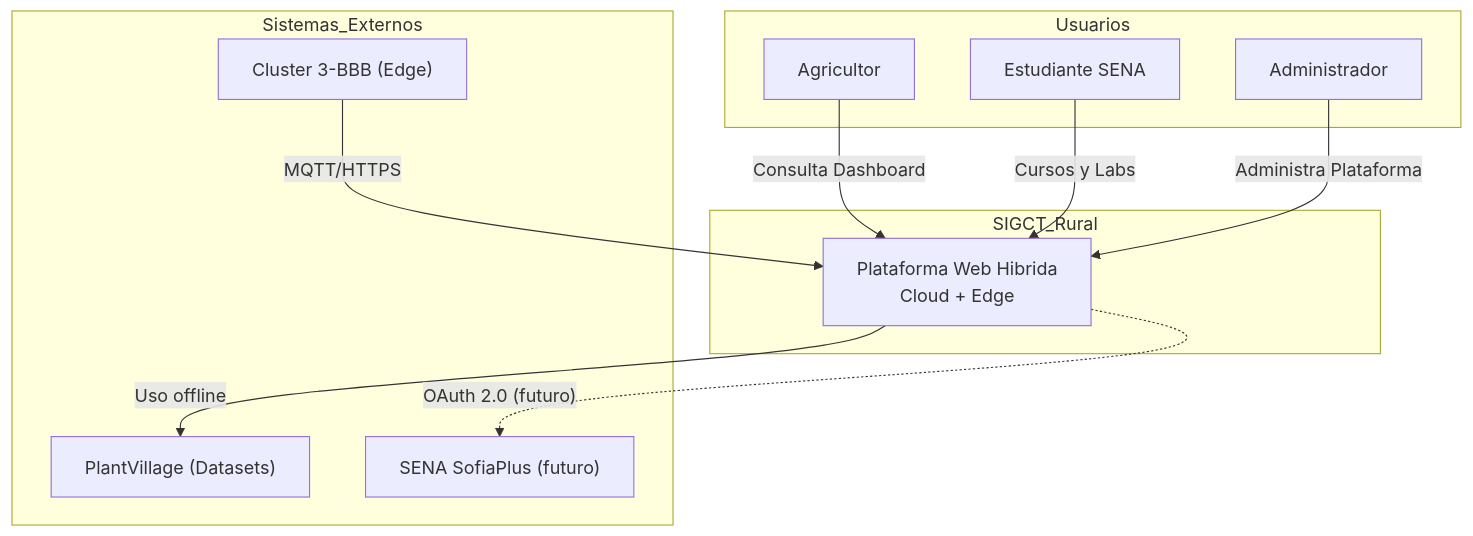
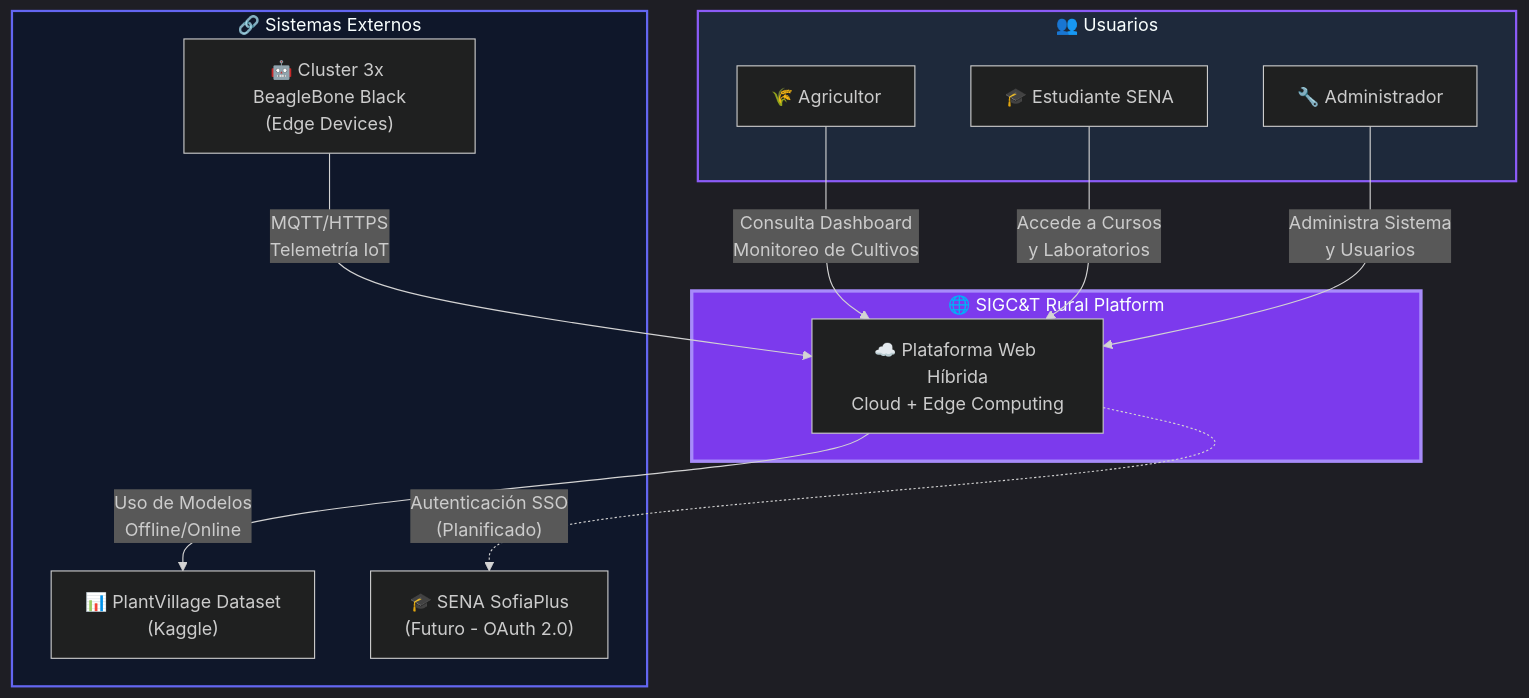
One commit to badolgm/sigcTiArural changed the second of 6 diagrams in README.md. Above: the diagram before and after it, drawn with Mermaid. The commit also changed other lines of this file and 6 other files, not shown here.

````diff
--- a/README.md
+++ b/README.md
@@ -87,26 +162,31 @@
 ```mermaid
-%%{init: {'flowchart': {'htmlLabels': true, 'useMaxWidth': true}} }%%
-flowchart TD
-  subgraph Usuarios
-    A["Agricultor"]
-    B["Estudiante SENA"]
-    C["Administrador"]
-  end
+%%{init: {'theme':'dark', 'themeVariables': { 'primaryColor':'#7c3aed','fontSize':'16px'}}}%%
+flowchart TB
+    subgraph users["👥 Usuarios"]
+        A["🌾 Agricultor"]
+        B["🎓 Estudiante SENA"]
+        C["🔧 Administrador"]
+    end
 
-  subgraph SIGCT_Rural
-    S["Plataforma Web Hibrida\nCloud + Edge"]
-  end
+    subgraph sigct["🌐 SIGC&T Rural Platform"]
+        S["☁️ Plataforma Web Híbrida<br/>Cloud + Edge Computing"]
+    end
 
-  subgraph Sistemas_Externos
-    E1["Cluster 3-BBB (Edge)"]
-    E2["PlantVillage (Datasets)"]
-    E3["SENA SofiaPlus (futuro)"]
-  end
+    subgraph external["🔗 Sistemas Externos"]
+        E1["🤖 Cluster 3x BeagleBone Black<br/>(Edge Devices)"]
+        E2["📊 PlantVillage Dataset<br/>(Kaggle)"]
+        E3["🎓 SENA SofiaPlus<br/>(Futuro - OAuth 2.0)"]
+    end
 
-  A -->|"Consulta Dashboard"| S
-  B -->|"Cursos y Labs"| S
-  C -->|"Administra Plataforma"| S
-  E1 -->|"MQTT/HTTPS"| S
-  S -->|"Uso offline"| E2
-  S -.->|"OAuth 2.0 (futuro)"| E3
+    A -->|"Consulta Dashboard<br/>Monitoreo de Cultivos"| S
+    B -->|"Accede a Cursos<br/>y Laboratorios"| S
+    C -->|"Administra Sistema<br/>y Usuarios"| S
+    
+    E1 -->|"MQTT/HTTPS<br/>Telemetría IoT"| S
+    S -->|"Uso de Modelos<br/>Offline/Online"| E2
+    S -.->|"Autenticación SSO<br/>(Planificado)"| E3
+
+    style users fill:#1e293b,stroke:#8b5cf6,stroke-width:2px
+    style sigct fill:#7c3aed,stroke:#a78bfa,stroke-width:3px
+    style external fill:#0f172a,stroke:#6366f1,stroke-width:2px
 ```
````
